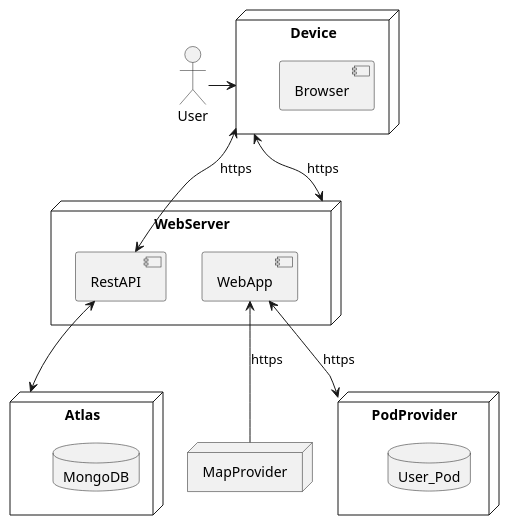
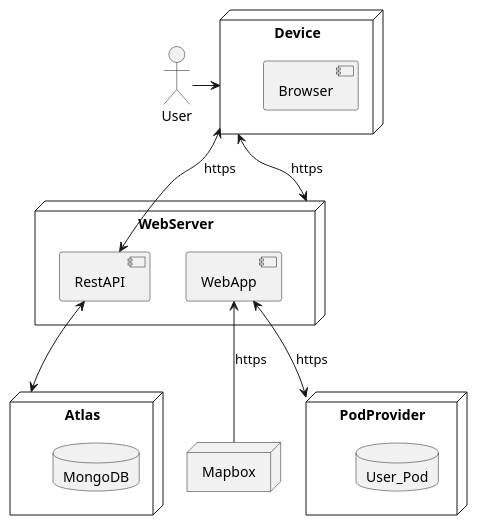
One commit to Arquisoft/lomap_es2b changed the diagram in docs/uml/deployment.pu. Above: the diagram before and after it, drawn with PlantUML. The commit also changed 2 other files, not shown here.

Commit message:
Actualizados diagrama de despliegue y tabla

```diff
--- a/docs/uml/deployment.pu
+++ b/docs/uml/deployment.pu
@@ -1,24 +1,25 @@
 @startuml lomap_deployment
 actor User
 node Device {
     component Browser
 }
 node WebServer {
     component WebApp
     component RestAPI
 }
-node MapProvider
+
+node Mapbox
 node PodProvider {
     database User_Pod
 }
 node Atlas {
     database MongoDB
 }
 User->Device
 
 Device<-->WebServer:https
 WebApp<-->PodProvider:https
-WebApp<--MapProvider:https
+WebApp<--Mapbox:https
 Device<->RestAPI:https
 RestAPI<-->Atlas
 @enduml
```
